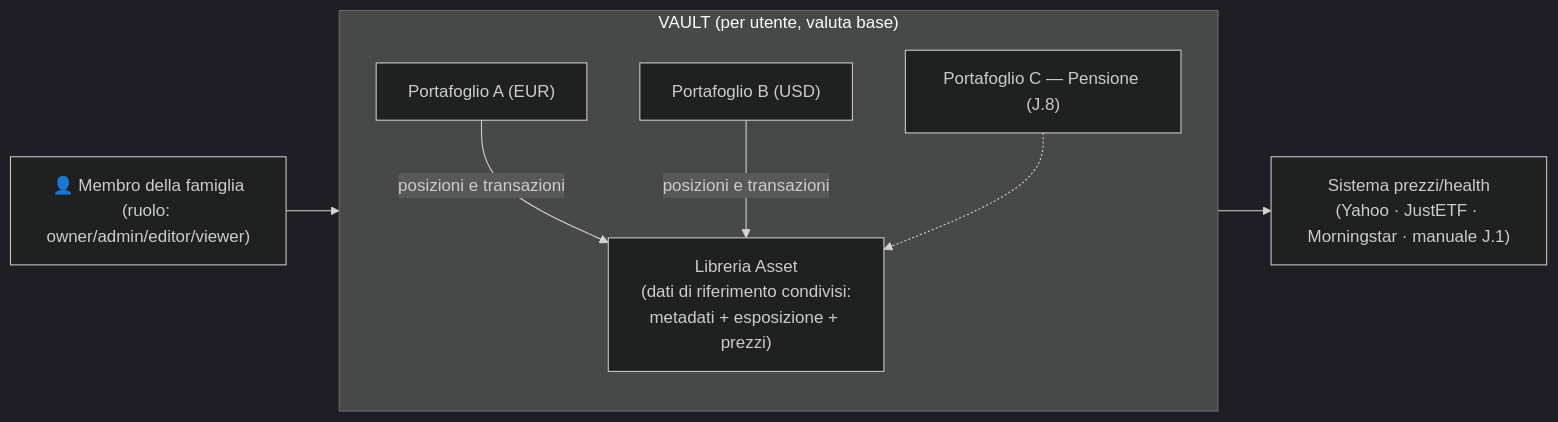
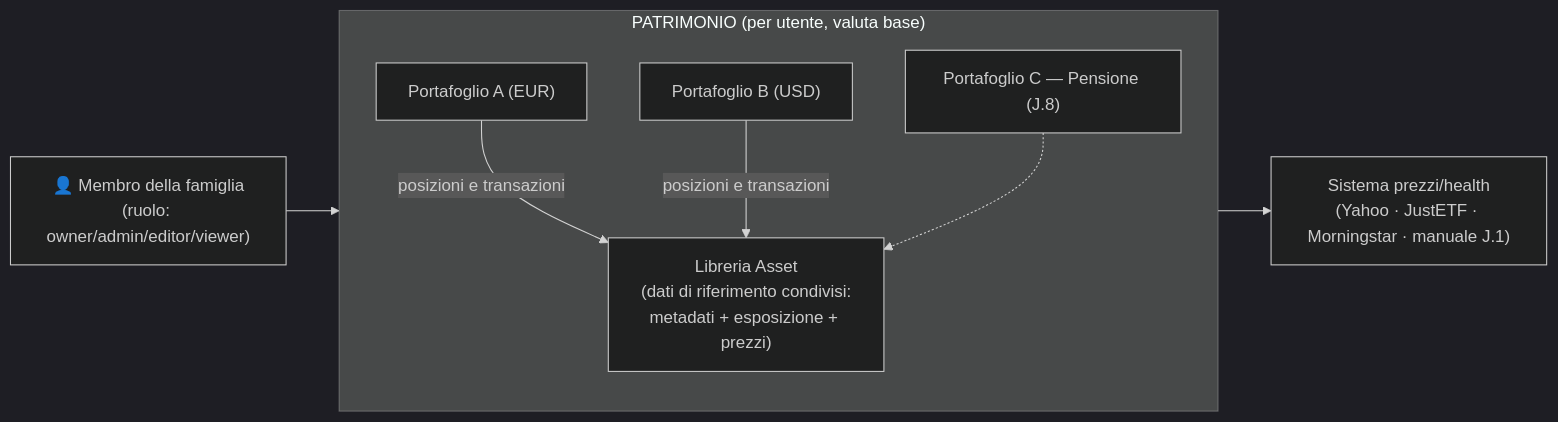
Before and after one commit to alv67/vault-lab: the first of 8 diagrams in docs/UX-REDESIGN.it.md, drawn with Mermaid (dark theme). The commit also changed other lines of this file and 47 other files, not shown here.

````diff
--- a/docs/UX-REDESIGN.it.md
+++ b/docs/UX-REDESIGN.it.md
@@ -85,14 +85,14 @@
 ```mermaid
 flowchart LR
     U["👤 Membro della famiglia<br/>(ruolo: owner/admin/editor/viewer)"] --> V
-    subgraph V["VAULT (per utente, valuta base)"]
+    subgraph V["PATRIMONIO (per utente, valuta base)"]
         P1["Portafoglio A (EUR)"]
         P2["Portafoglio B (USD)"]
         P3["Portafoglio C — Pensione (J.8)"]
         AL["Libreria Asset<br/>(dati di riferimento condivisi:<br/>metadati + esposizione + prezzi)"]
         P1 -->|posizioni e transazioni| AL
         P2 -->|posizioni e transazioni| AL
         P3 -.-> AL
     end
     V --> S["Sistema prezzi/health<br/>(Yahoo · JustETF · Morningstar · manuale J.1)"]
 ```
````
